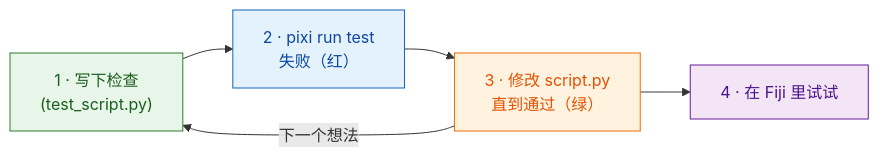
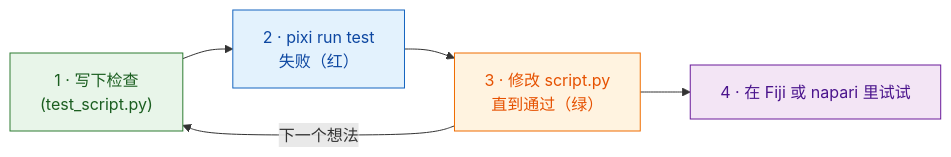
One commit to Oxford-Zeiss-Centre-of-Excellence/Wavu changed the diagram in guide/write/test-without-fiji.zh-Hans.md. Above: the diagram before and after it, drawn with Mermaid. The commit also changed other lines of this file and 70 other files, not shown here.

````diff
--- a/guide/write/test-without-fiji.zh-Hans.md
+++ b/guide/write/test-without-fiji.zh-Hans.md
@@ -17,14 +17,14 @@
 ```mermaid
 flowchart LR
     T["1 · 写下检查<br/>(test_script.py)"]:::worker
     R["2 · pixi run test<br/>失败（红）"]:::fiji
     S["3 · 修改 script.py<br/>直到通过（绿）"]:::script
-    F["4 · 在 Fiji 里试试"]:::env
+    F["4 · 在 Fiji 或 napari 里试试"]:::env
     T --> R --> S --> F
     S -- "下一个想法" --> T
 
     classDef fiji   fill:#e3f2fd,stroke:#1565c0,color:#0d47a1
     classDef worker fill:#e8f5e9,stroke:#2e7d32,color:#1b5e20
     classDef script fill:#fff3e0,stroke:#ef6c00,color:#e65100
     classDef env    fill:#f3e5f5,stroke:#6a1b9a,color:#4a148c
 ```
````
